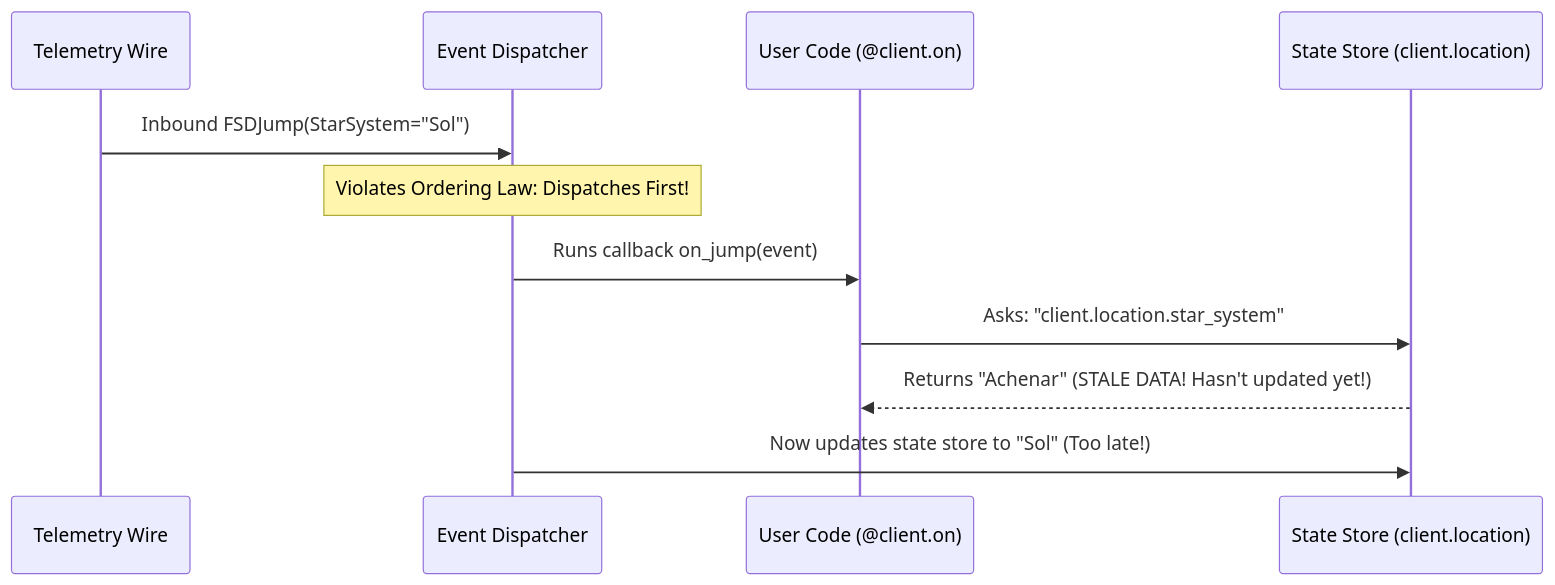
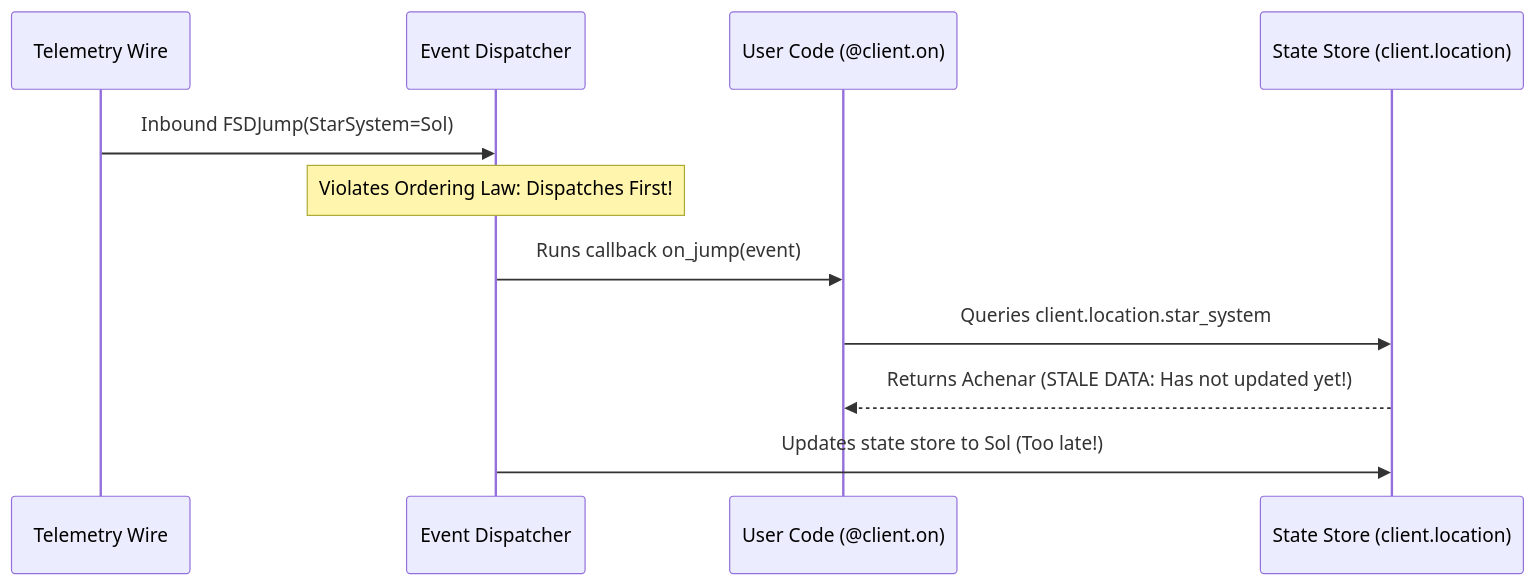
One commit to mnaatjes/ed-fleet-client changed the sixth of 10 diagrams in architecture/notes/event_driven_telemetry_and_state_fundamentals.md. Above: the diagram before and after it, drawn with Mermaid. The commit also changed other lines of this file, not shown here.

Commit message:
docs(architecture): sanitize mermaid diagram syntax in fundamentals guide

````diff
--- a/architecture/notes/event_driven_telemetry_and_state_fundamentals.md
+++ b/architecture/notes/event_driven_telemetry_and_state_fundamentals.md
@@ -202,14 +202,14 @@
 ```mermaid
 sequenceDiagram
     participant Wire as Telemetry Wire
     participant Bus as Event Dispatcher
     participant User as User Code (@client.on)
     participant State as State Store (client.location)
 
-    Wire->>Bus: Inbound FSDJump(StarSystem="Sol")
+    Wire->>Bus: Inbound FSDJump(StarSystem=Sol)
     Note over Bus: Violates Ordering Law: Dispatches First!
     Bus->>User: Runs callback on_jump(event)
-    User->>State: Asks: "client.location.star_system"
-    State-->>User: Returns "Achenar" (STALE DATA! Hasn't updated yet!)
-    Bus->>State: Now updates state store to "Sol" (Too late!)
+    User->>State: Queries client.location.star_system
+    State-->>User: Returns Achenar (STALE DATA: Has not updated yet!)
+    Bus->>State: Updates state store to Sol (Too late!)
 ```
````
